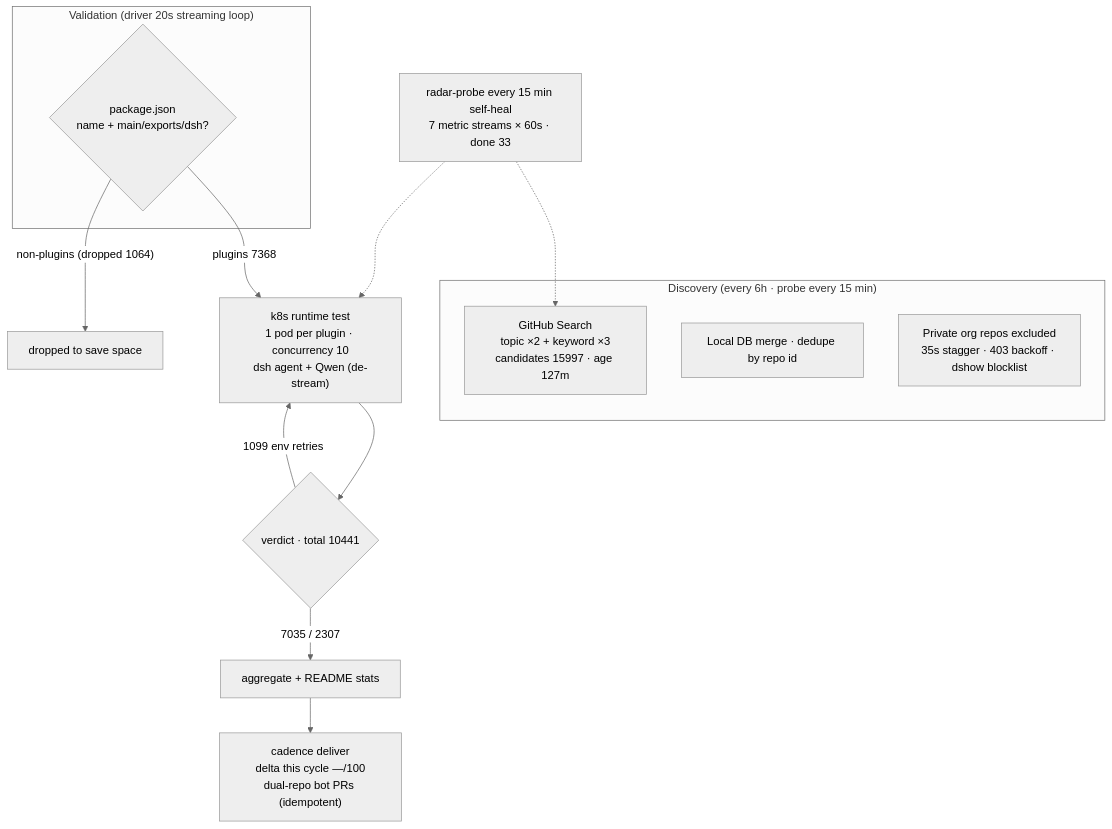
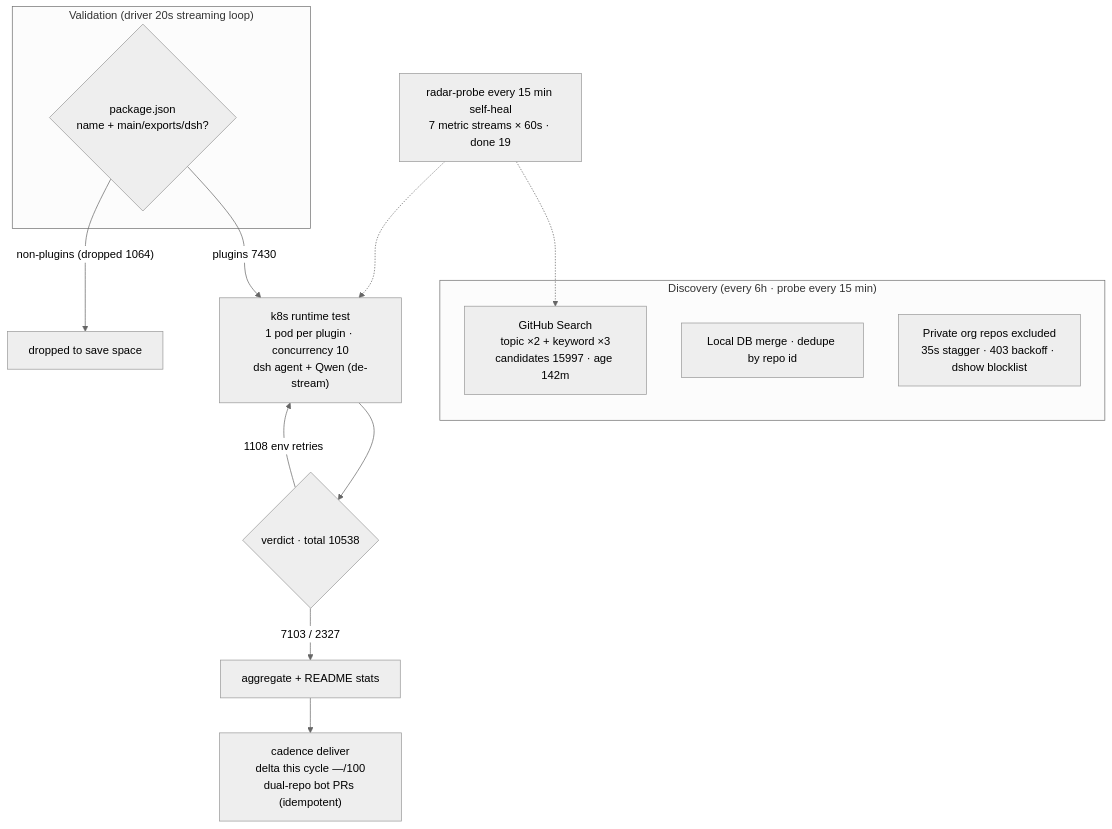
One commit to AdamPlatin123/awesome-dsh-plugins changed the diagram in README.en-US.md. Above: the diagram before and after it, drawn with Mermaid (neutral theme). The commit also changed other lines of this file and 4 other files, not shown here.

````diff
--- a/README.en-US.md
+++ b/README.en-US.md
@@ -45,20 +45,20 @@
 ```mermaid
 flowchart TB
     subgraph Discovery["Discovery (every 6h · probe every 15 min)"]
-        A1["GitHub Search<br/>topic ×2 + keyword ×3<br/>candidates 15997 · age 127m"]
+        A1["GitHub Search<br/>topic ×2 + keyword ×3<br/>candidates 15997 · age 142m"]
         A2["Local DB merge · dedupe by repo id"]
         A3["Private org repos excluded<br/>35s stagger · 403 backoff · dshow blocklist"]
     end
     subgraph Validation["Validation (driver 20s streaming loop)"]
         B1{"package.json<br/>name + main/exports/dsh?"}
     end
-    B1 -->|"plugins 7368"| C1["k8s runtime test<br/>1 pod per plugin · concurrency 10<br/>dsh agent + Qwen (de-stream)"]
+    B1 -->|"plugins 7430"| C1["k8s runtime test<br/>1 pod per plugin · concurrency 10<br/>dsh agent + Qwen (de-stream)"]
     B1 -->|"non-plugins (dropped 1064)"| B3["dropped to save space"]
-    C1 --> D1{"verdict · total 10441"}
-    D1 -->|"7035 / 2307"| E1["aggregate + README stats"]
-    D1 -->|"1099 env retries"| C1
+    C1 --> D1{"verdict · total 10538"}
+    D1 -->|"7103 / 2327"| E1["aggregate + README stats"]
+    D1 -->|"1108 env retries"| C1
     E1 --> E2["cadence deliver<br/>delta this cycle —/100<br/>dual-repo bot PRs (idempotent)"]
-    M["radar-probe every 15 min self-heal<br/>7 metric streams × 60s · done 33"]
+    M["radar-probe every 15 min self-heal<br/>7 metric streams × 60s · done 19"]
     M -.-> A1
     M -.-> C1
 ```
````
